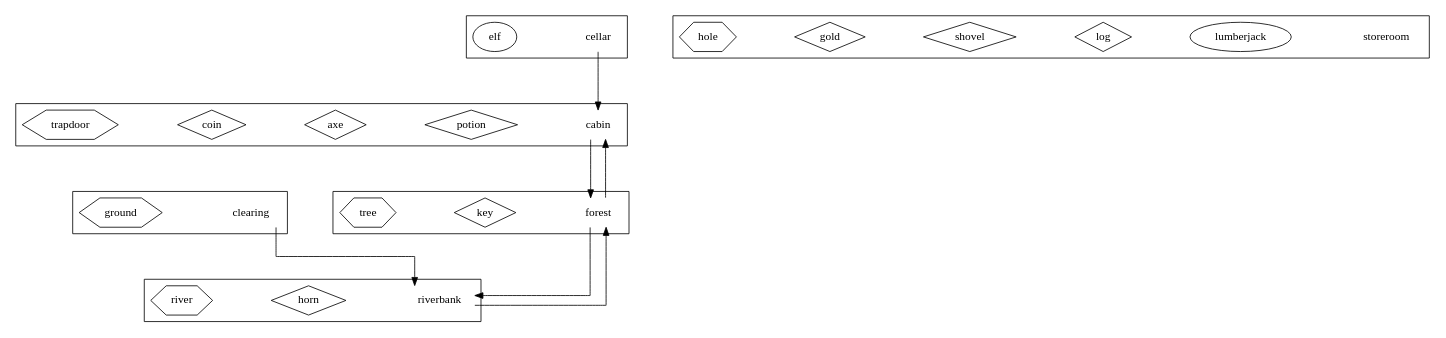
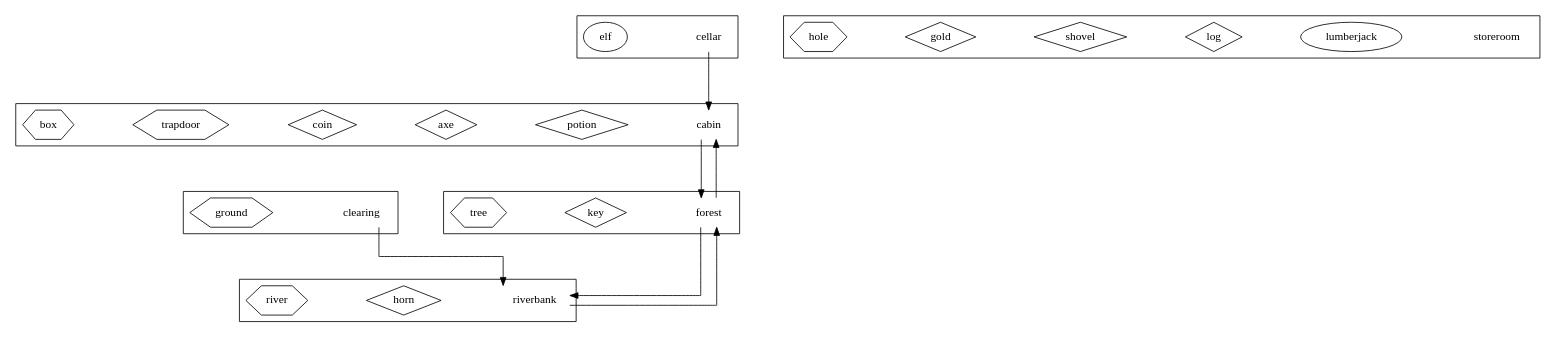
One commit to HoWangLeung/bristol_java_stag_exercise changed the diagram in config/extended-entities.dot. Above: the diagram before and after it, drawn with Graphviz. The commit also changed 6 other files, not shown here.

```diff
--- a/config/extended-entities.dot
+++ b/config/extended-entities.dot
@@ -1,99 +1,100 @@
 digraph layout {
     /* ortho splines just makes the arrows into straight lines (rather than curvy ones !) */
     splines = ortho;
     /* space everything out a bit to make it easier to see (for larger models) */
     graph [ranksep="1" nodesep="1"];
     node [shape = "rect"];
 
     subgraph locations {
 
         subgraph cluster001 {
             node [shape = "none"];
             cabin [description = "A log cabin in the woods"];
             subgraph artefacts {
                 node [shape = "diamond"];
                 potion [description = "A bottle of magic potion"];
                 axe [description = "A razor sharp axe"];
                 coin [description = "A silver coin"];
             }
             subgraph furniture {
                 node [shape = "hexagon"];
                 trapdoor [description = "A locked wooden trapdoor in the floor"];
+                box [description = "A mysterious box"];
             }
         }
 
         subgraph cluster002 {
             node [shape = "none"];
             forest [description = "A deep dark forest"];
             subgraph artefacts {
                 node [shape = "diamond"];
                 key [description = "A rusty old key"];
             }
             subgraph furniture {
                 node [shape = "hexagon"];
                 tree [description = "A tall pine tree"];
             }
         }
 
         subgraph cluster003 {
             node [shape = "none"];
             cellar [description = "A dusty cellar"]
             subgraph characters {
                 node [shape = "ellipse"];
                 elf [description = "An angry looking Elf"];
             }
         }
 
         subgraph cluster004 {
             node [shape = "none"];
             riverbank [description = "A grassy riverbank"]
             subgraph artefacts {
                 node [shape = "diamond"];
                 horn [description = "An old brass horn"];
             }
             subgraph furniture {
                 node [shape = "hexagon"];
                 river [description = "A fast flowing river"];
             }
         }
 
         subgraph cluster005 {
             node [shape = "none"];
             clearing [description = "A clearing in the woods"]
             subgraph furniture {
                 node [shape = "hexagon"];
                 ground [description = "It looks like the soil has been recently disturbed"];
             }
         }
 
         subgraph cluster999 {
             node [shape = "none"];
             storeroom [description = "Storage for any entities not placed in the game"]
             subgraph characters {
                 node [shape = "ellipse"];
                 lumberjack [description = "A burly wood cutter"];
             }
             subgraph artefacts {
                 node [shape = "diamond"];
                 log [description = "A heavy wooden log"];
                 shovel [description = "A sturdy shovel"];
                 gold [description = "A big pot of gold"];
             }
             subgraph furniture {
                 node [shape = "hexagon"];
                 hole [description = "A deep hole in the ground"];
             }
         }
 
     }
 
     subgraph paths {
         cabin -> forest;
         forest -> cabin;
         cellar -> cabin;
         forest -> riverbank
         riverbank -> forest
         clearing -> riverbank
     }
 
 }
```
